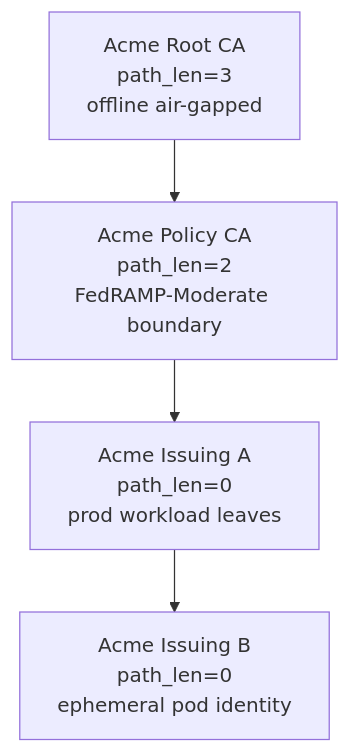
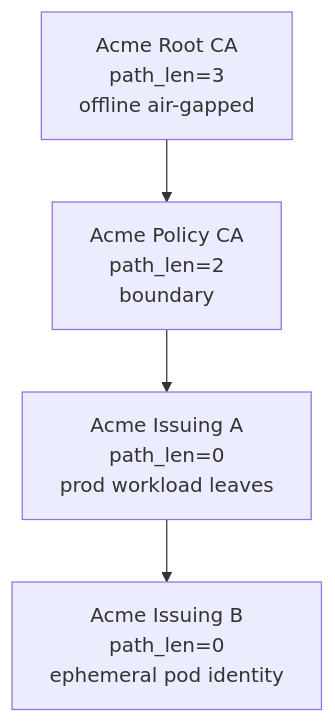
The second of 4 diagrams in docs/reference/intermediate-ca-hierarchy.md (certctl-io/certctl), drawn with Mermaid before and after one commit. The commit also changed other lines of this file and 29 other files, not shown here.

````diff
--- a/docs/reference/intermediate-ca-hierarchy.md
+++ b/docs/reference/intermediate-ca-hierarchy.md
@@ -79,8 +79,8 @@
 ```mermaid
 flowchart TD
     Root["Acme Root CA<br/>path_len=3<br/>offline air-gapped"]
-    Policy["Acme Policy CA<br/>path_len=2<br/>FedRAMP-Moderate boundary"]
+    Policy["Acme Policy CA<br/>path_len=2<br/>boundary"]
     IssA["Acme Issuing A<br/>path_len=0<br/>prod workload leaves"]
     IssB["Acme Issuing B<br/>path_len=0<br/>ephemeral pod identity"]
     Root --> Policy --> IssA --> IssB
 ```
````
